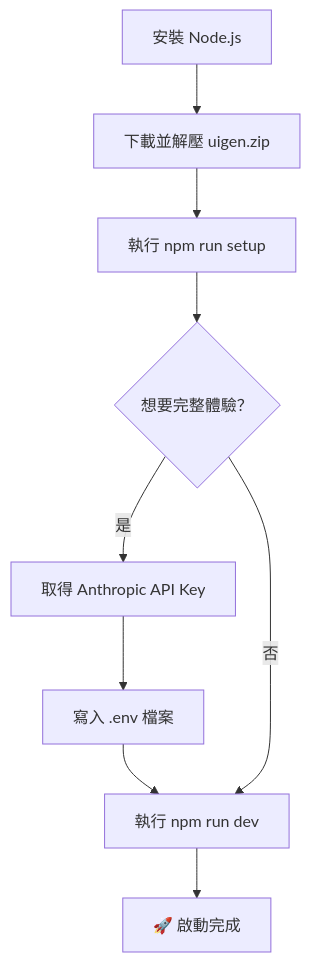
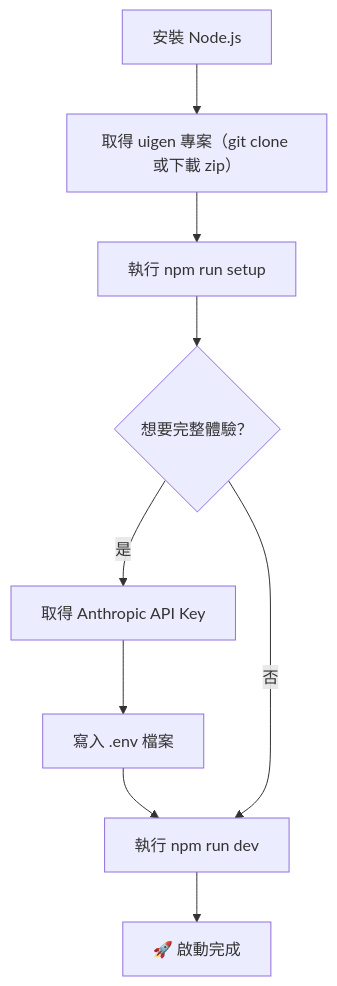
The diagram in notes/02_動手實作/05. Project Setup｜專案準備/web-notes.md (ddwolfer/claude_code_study), drawn with Mermaid before and after one commit. The commit also changed other lines of this file and 21 other files, not shown here.

````diff
--- a/notes/02_動手實作/05. Project Setup｜專案準備/web-notes.md
+++ b/notes/02_動手實作/05. Project Setup｜專案準備/web-notes.md
@@ -13,11 +15,11 @@
 ```mermaid
 flowchart TD
-    A["安裝 Node.js"] --> B["下載並解壓 uigen.zip"]
+    A["安裝 Node.js"] --> B["取得 uigen 專案（git clone 或下載 zip）"]
     B --> C["執行 npm run setup"]
     C --> D{"想要完整體驗？"}
     D -- 是 --> E["取得 Anthropic API Key"]
     E --> F["寫入 .env 檔案"]
     F --> G["執行 npm run dev"]
     D -- 否 --> G
     G --> H["🚀 啟動完成"]
 ```
````
